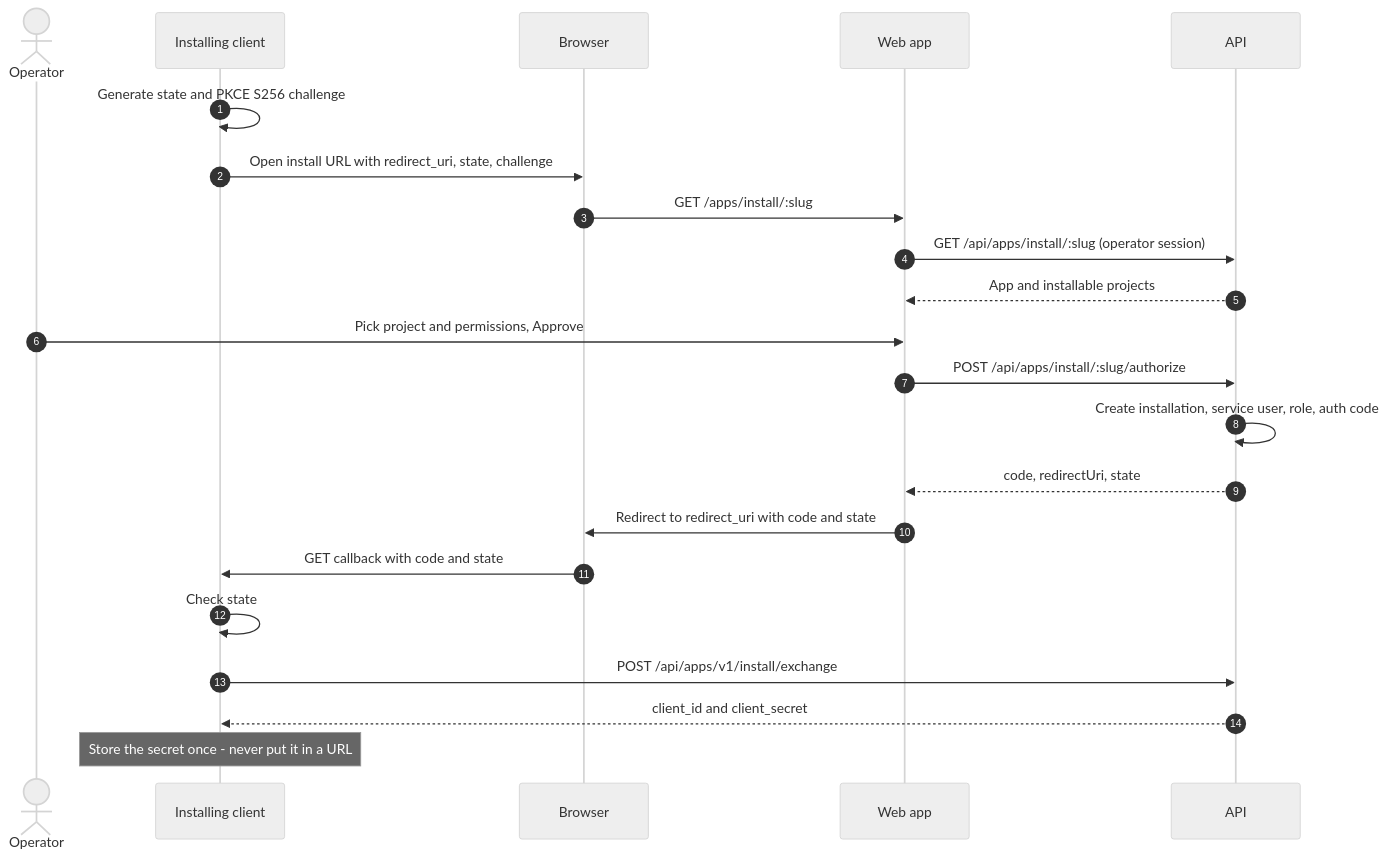
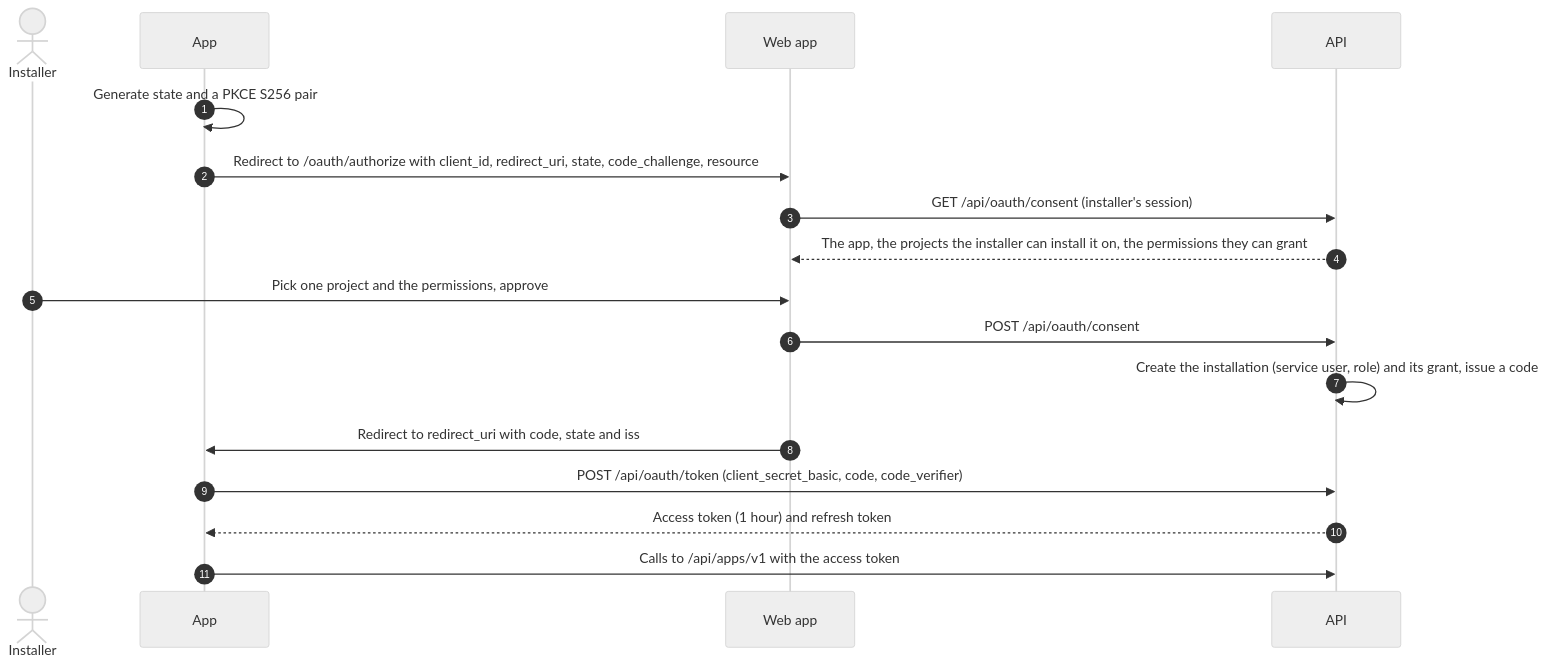
Before and after one commit to bayesimpact/bayes-platform: the diagram in docs/app-install.md, drawn with Mermaid (neutral theme). The commit also changed other lines of this file and 127 other files, not shown here.

First line of the commit message:
feat: apps install through the OAuth authorization server

````diff
--- a/docs/app-install.md
+++ b/docs/app-install.md
@@ -32,25 +24,20 @@
 ```mermaid
 sequenceDiagram
   autonumber
-  actor Op as Operator
-  participant Client as Installing client
-  participant Browser as Browser
+  actor Installer
+  participant App
   participant Web as Web app
-  participant API as API
+  participant API
 
-  Client->>Client: Generate state and PKCE S256 challenge
-  Client->>Browser: Open install URL with redirect_uri, state, challenge
-  Browser->>Web: GET /apps/install/:slug
-  Web->>API: GET /api/apps/install/:slug (operator session)
-  API-->>Web: App and installable projects
-  Op->>Web: Pick project and permissions, Approve
-  Web->>API: POST /api/apps/install/:slug/authorize
-  API->>API: Create installation, service user, role, auth code
-  API-->>Web: code, redirectUri, state
-  Web->>Browser: Redirect to redirect_uri with code and state
-  Browser->>Client: GET callback with code and state
-  Client->>Client: Check state
-  Client->>API: POST /api/apps/v1/install/exchange
-  API-->>Client: client_id and client_secret
-  Note over Client: Store the secret once - never put it in a URL
+  App->>App: Generate state and a PKCE S256 pair
+  App->>Web: Redirect to /oauth/authorize with client_id, redirect_uri, state, code_challenge, resource
+  Web->>API: GET /api/oauth/consent (installer's session)
+  API-->>Web: The app, the projects the installer can install it on, the permissions they can grant
+  Installer->>Web: Pick one project and the permissions, approve
+  Web->>API: POST /api/oauth/consent
+  API->>API: Create the installation (service user, role) and its grant, issue a code
+  Web->>App: Redirect to redirect_uri with code, state and iss
+  App->>API: POST /api/oauth/token (client_secret_basic, code, code_verifier)
+  API-->>App: Access token (1 hour) and refresh token
+  App->>API: Calls to /api/apps/v1 with the access token
 ```
````
